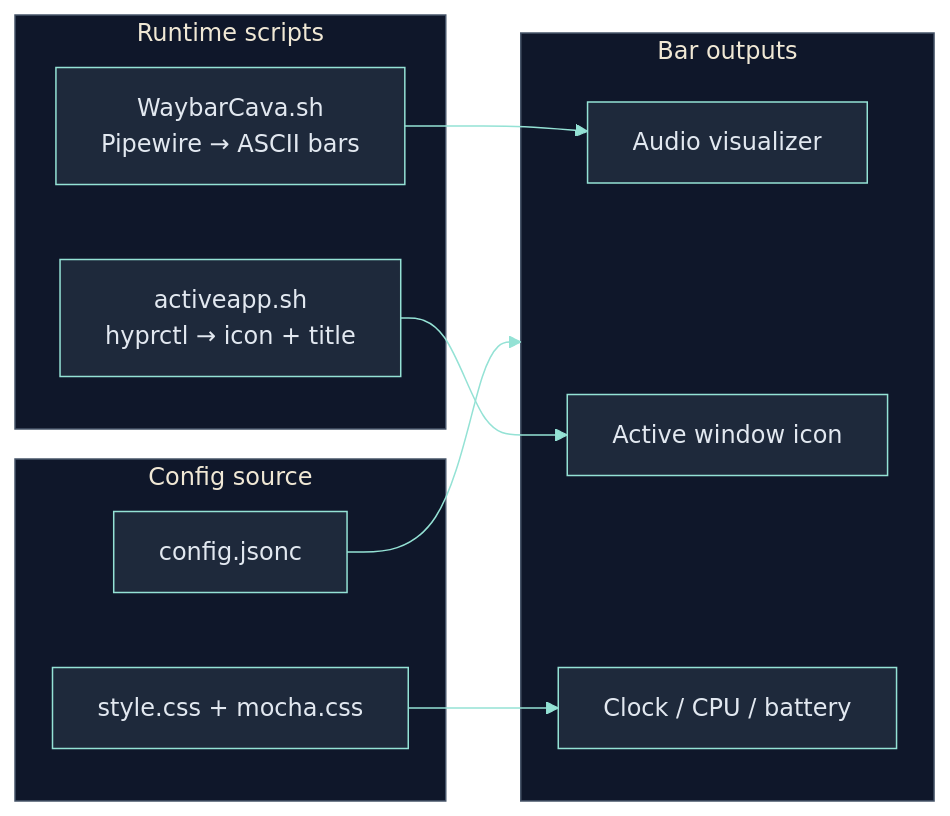
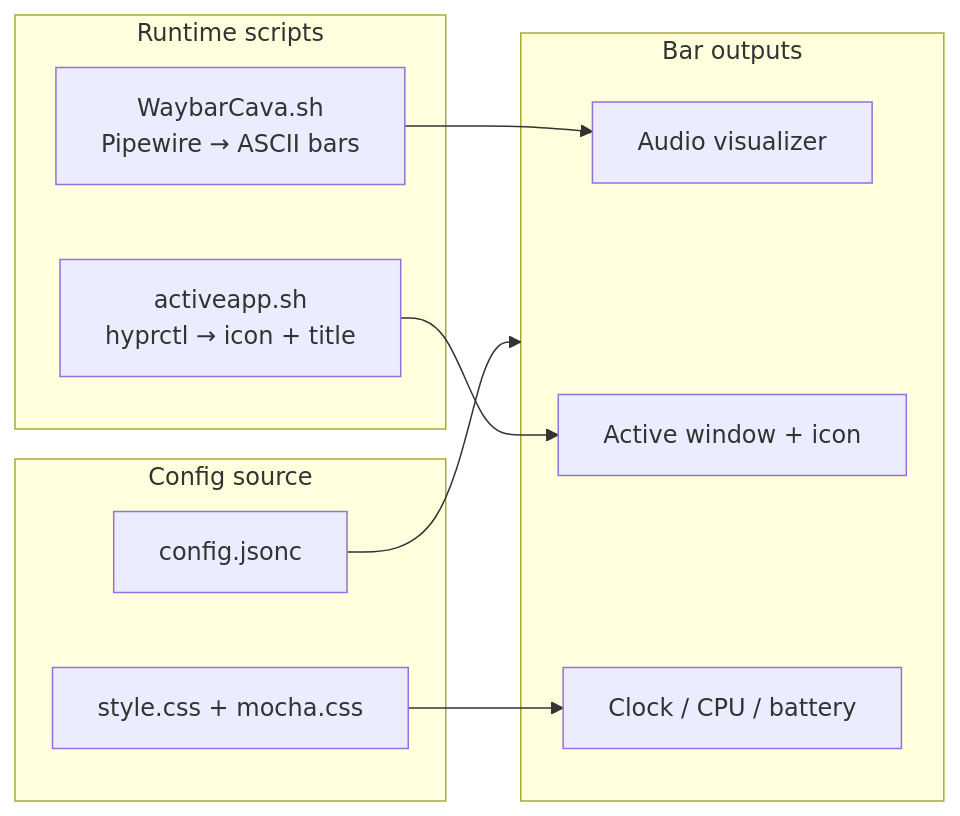
One commit to RomeoCavazza/nixos-config changed the sixth of 8 diagrams in docs/README.md. Above: the diagram before and after it, drawn with Mermaid. The commit also changed other lines of this file, not shown here.

Commit message:
docs: fix Mermaid parse errors, clean stray PNGs, use default GitHub colors

````diff
--- a/docs/README.md
+++ b/docs/README.md
@@ -301,24 +296,23 @@
 ```mermaid
-%%{init: {'theme': 'base', 'themeVariables': { 'primaryColor': '#1e293b', 'secondaryColor': '#0f172a', 'tertiaryColor': '#0f172a', 'primaryBorderColor': '#94e2d5', 'lineColor': '#94e2d5', 'primaryTextColor': '#e2e8f0', 'clusterBkg': '#0f172a', 'clusterBorder': '#475569' }}}%%
 graph LR
   subgraph src["Config source"]
     cfg[config.jsonc]
     css[style.css + mocha.css]
   end
 
   subgraph scripts["Runtime scripts"]
     cava[WaybarCava.sh\nPipewire → ASCII bars]
     app[activeapp.sh\nhyprctl → icon + title]
   end
 
   subgraph out["Bar outputs"]
     vis[Audio visualizer]
-    win[Active window icon]
+    win[Active window + icon]
     sys[Clock / CPU / battery]
   end
 
   cfg --> out
   cava --> vis
   app --> win
   css --> sys
 ```
````
